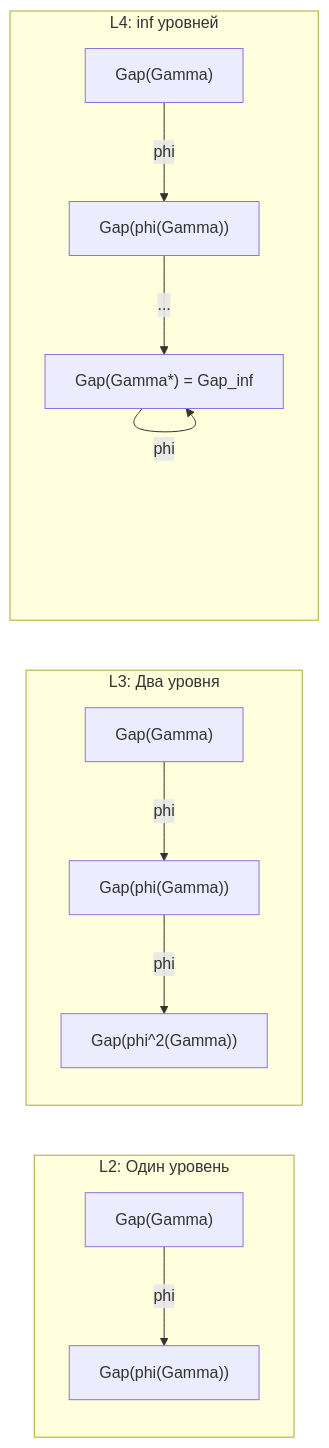
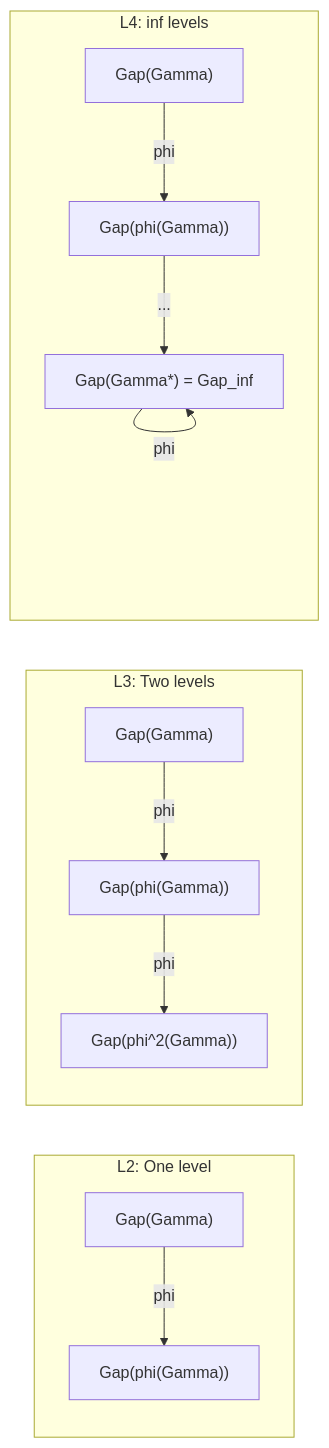
The diagram in website/docs/consciousness/hierarchy/gap-characterization.md (gst-st/uhm), drawn with Mermaid before and after one commit. The commit also changed other lines of this file and 79 other files, not shown here.

````diff
--- a/website/docs/consciousness/hierarchy/gap-characterization.md
+++ b/website/docs/consciousness/hierarchy/gap-characterization.md
@@ -283,15 +283,15 @@
 ```mermaid
 graph LR
-    subgraph L2["L2: Один уровень"]
+    subgraph L2["L2: One level"]
         G0["Gap(Gamma)"] --> |"phi"| G1["Gap(phi(Gamma))"]
     end
-    subgraph L3["L3: Два уровня"]
+    subgraph L3["L3: Two levels"]
         G0b["Gap(Gamma)"] --> |"phi"| G1b["Gap(phi(Gamma))"]
         G1b --> |"phi"| G2["Gap(phi^2(Gamma))"]
     end
-    subgraph L4["L4: inf уровней"]
+    subgraph L4["L4: inf levels"]
         G0c["Gap(Gamma)"] --> |"phi"| G1c["Gap(phi(Gamma))"]
         G1c --> |"..."| Ginf["Gap(Gamma*) = Gap_inf"]
         Ginf --> |"phi"| Ginf
     end
 ```
````
